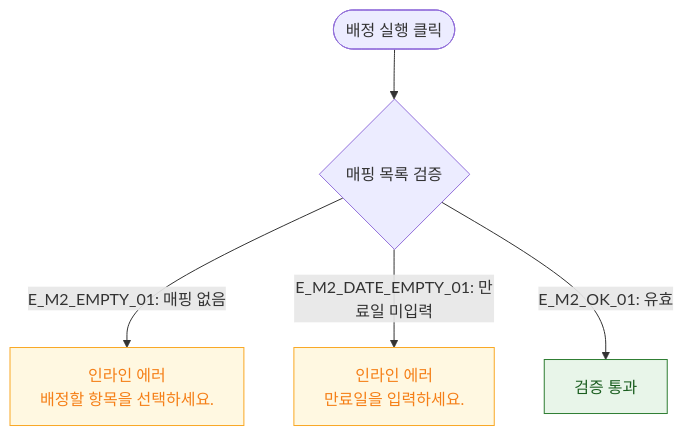
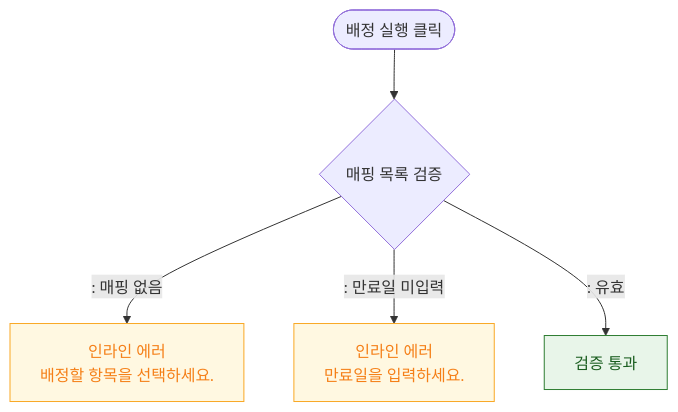
One commit to dev-spogym/admin-pando changed the diagram in docs/다이어그램/D06_시설관리/DLG/DLG-050-006_일괄배정/M2_필드검증.md. Above: the diagram before and after it, drawn with Mermaid. The commit also changed other lines of this file and 1660 other files, not shown here.

First line of the commit message:
다이어그램: 기획자/클라이언트 납품본으로 정리

````diff
--- a/docs/다이어그램/D06_시설관리/DLG/DLG-050-006_일괄배정/M2_필드검증.md
+++ b/docs/다이어그램/D06_시설관리/DLG/DLG-050-006_일괄배정/M2_필드검증.md
@@ -16,12 +14,12 @@
 ```mermaid
 flowchart TD
     SUBMIT([배정 실행 클릭]) --> V1{매핑 목록 검증}
-    V1 -->|"E_M2_EMPTY_01: 매핑 없음"| ErrEmpty[인라인 에러\n배정할 항목을 선택하세요.]
-    V1 -->|"E_M2_DATE_EMPTY_01: 만료일 미입력"| ErrDate[인라인 에러\n만료일을 입력하세요.]
-    V1 -->|"E_M2_OK_01: 유효"| PASS[검증 통과]
+    V1 -->|": 매핑 없음"|ErrEmpty[인라인 에러\n배정할 항목을 선택하세요.]
+    V1 -->|": 만료일 미입력"|ErrDate[인라인 에러\n만료일을 입력하세요.]
+    V1 -->|": 유효"|PASS[검증 통과]
 
     classDef warning fill:#FFF8E1,stroke:#F9A825,color:#F57F17
     classDef success fill:#E8F5E9,stroke:#2E7D32,color:#1B5E20
     class ErrEmpty,ErrDate warning
     class PASS success
 ```
````
